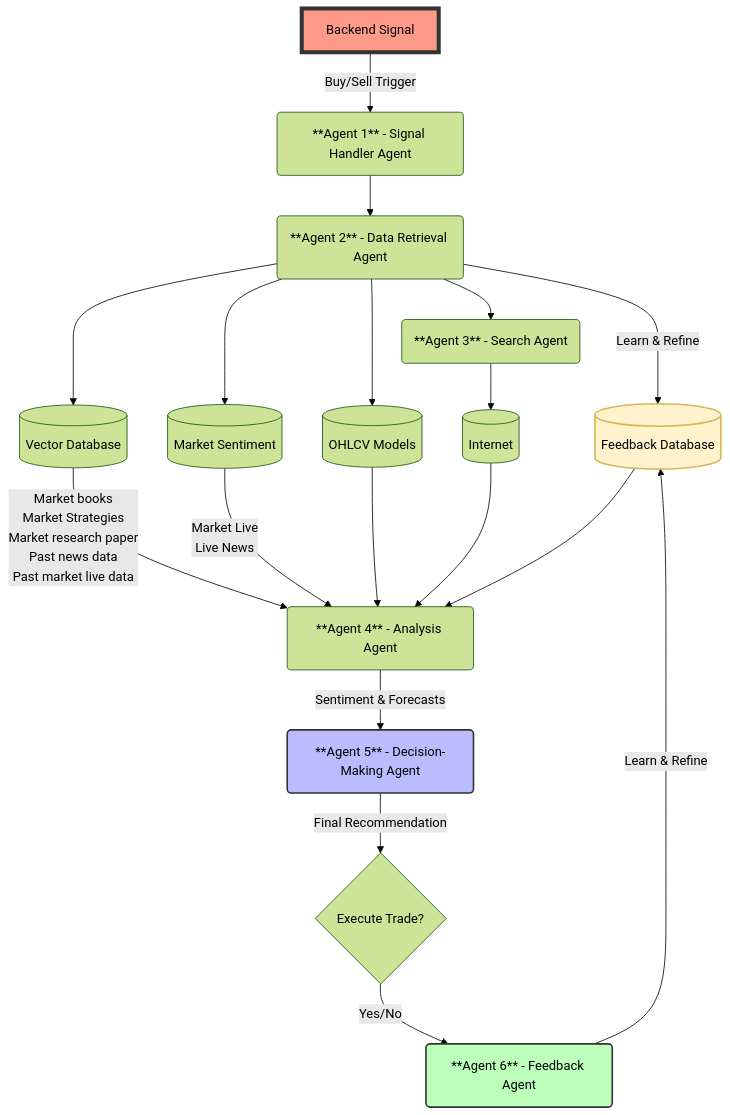
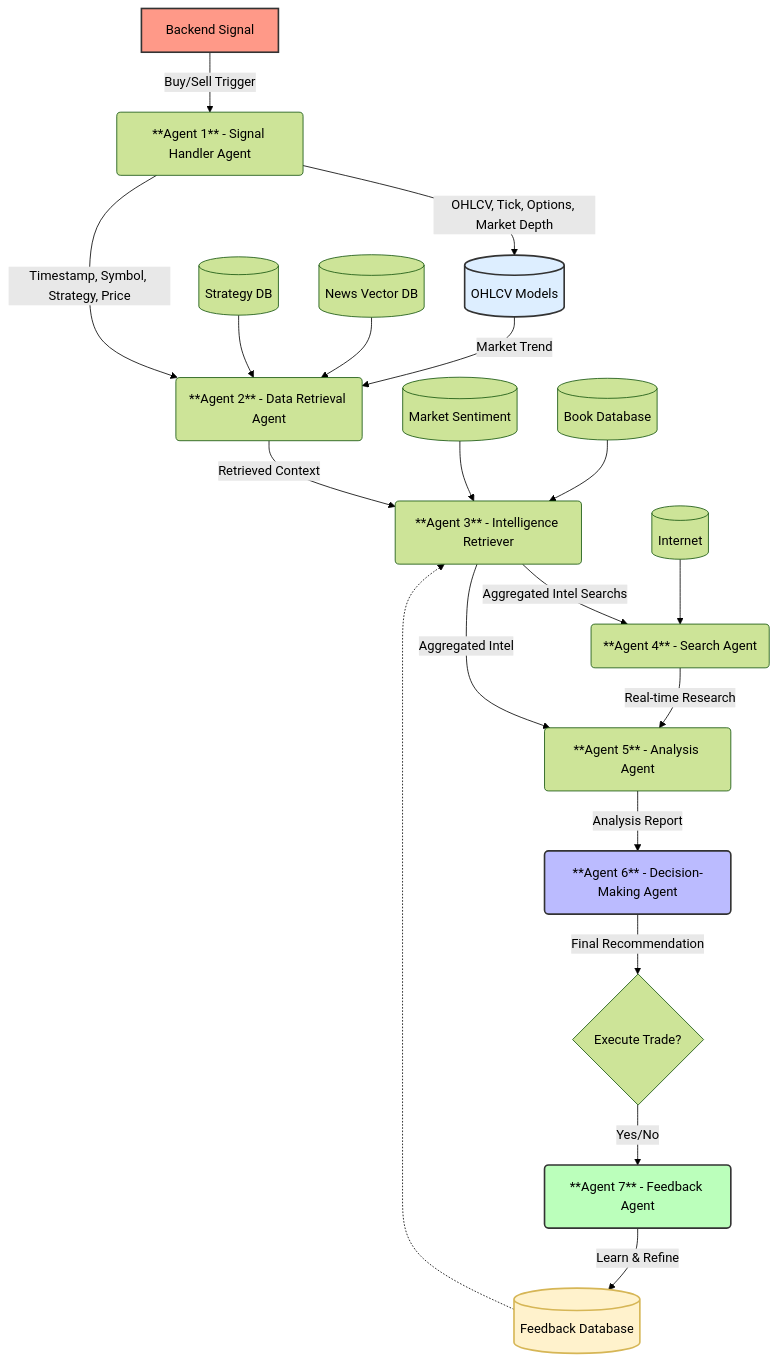
One commit to smartxalgo002-AI-ML/AI-Stretegy-builder changed the diagram in signal-agent-workflow/version-2.md. Above: the diagram before and after it, drawn with Mermaid (forest theme).

````diff
--- a/signal-agent-workflow/version-2.md
+++ b/signal-agent-workflow/version-2.md
@@ -1,38 +1,42 @@
 ```mermaid
 graph TD
     A[Backend Signal] -->|Buy/Sell Trigger| B(**Agent 1** - Signal Handler Agent)
     
-    B --> C(**Agent 2** - Data Retrieval Agent)
+    %% Updated Data Flow from Agent 1
+    B -->|OHLCV, Tick, Options, Market Depth| G[(OHLCV Models)]
     
-    %% Data Sources with List
-    C -->|Learn & Refine| FB[(Feedback Database)] 
-    C --> D[(Vector Database)]
-    D -->|"Market books<br/>Market Strategies<br/>Market research paper<br/>Past news data<br/>Past market live data"| H
+    %% Specific Context Transfer
+    B -->|Timestamp, Symbol, Strategy, Price| C(**Agent 2** - Data Retrieval Agent)
     
-    C --> E[(Market Sentiment)]
-    E -->|"Market Live<br/>Live News"| H
+    %% Agent 2 Sources
+    DB1[(Strategy DB)] --> C
+    DB2[(News Vector DB)] --> C
+    G -->|Market Trend| C
 
+    %% Agent 3 Central Intelligence
+    C -->|Retrieved Context| D(**Agent 3** - Intelligence Retriever)
+    E[(Market Sentiment)] --> D
+    F[(Book Database)] --> D
 
-    C --> G[(OHLCV Models)]
-    
-    %% Search Agent
-    C --> L(**Agent 3** - Search Agent)
-    L --> M[(Internet)]
+    %% Agent 4 & Internet
+    D -->|Aggregated Intel Searchs| L(**Agent 4** - Search Agent)
+    M[(Internet)] --> L
+    L -->|Real-time Research| H(**Agent 5** - Analysis Agent)
+    D -->|Aggregated Intel| H
 
-    %% Analysis Loop
-    G & M & FB --> H(**Agent 4** - Analysis Agent)
-
-    H -->|Sentiment & Forecasts| I(**Agent 5** - Decision-Making Agent)
+    %% Final Decision Path
+    H -->|Analysis Report| I(**Agent 6** - Decision-Making Agent)
     I -->|Final Recommendation| J{Execute Trade?}
 
     %% Feedback Loop
-    J -->|Yes/No| K(**Agent 6** - Feedback Agent)
-    K -->|Learn & Refine| FB[(Feedback Database)] 
-    
-    
+    J -->|Yes/No| K(**Agent 7** - Feedback Agent)
+    K -->|Learn & Refine| FB[(Feedback Database)]
+    FB -.-> D
+
     %% Styling
-    style A fill:#f98,stroke:#333,stroke-width:5px
+    style A fill:#f98,stroke:#333,stroke-width:2px
     style I fill:#bbf,stroke:#333,stroke-width:2px
     style K fill:#bfb,stroke:#333,stroke-width:2px
     style FB fill:#fff2cc,stroke:#d6b656,stroke-width:2px
+    style G fill:#def,stroke:#333,stroke-width:2px
 ```
````
